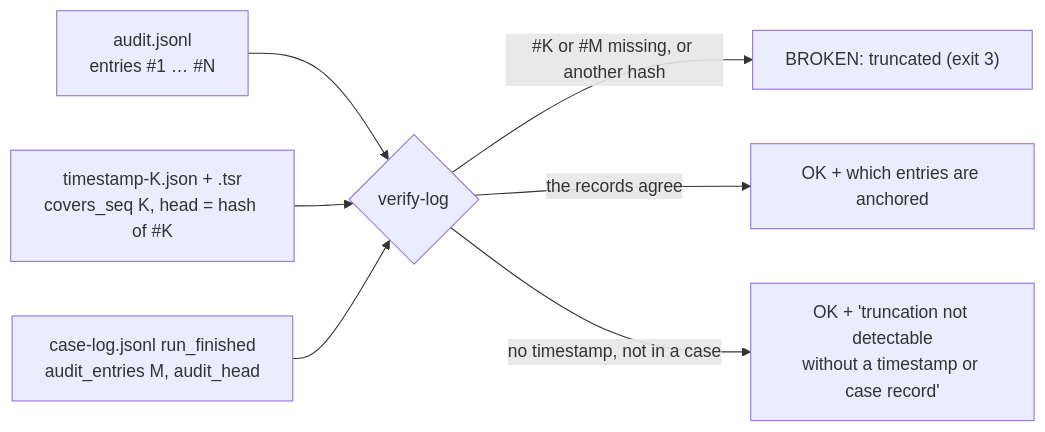
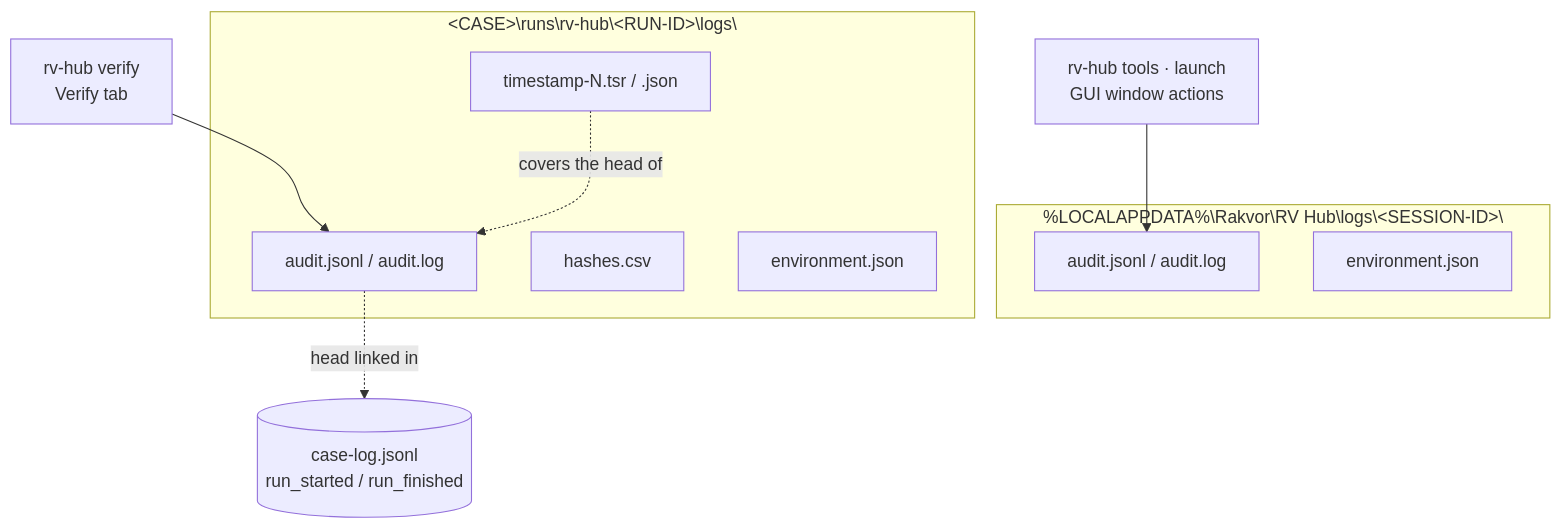
The first of 2 diagrams in docs/forensic-audit.md (Panacota96/rv-hub), drawn with Mermaid before and after one commit. The commit also changed other lines of this file and 6 other files, not shown here.

First line of the commit message:
docs: usage, installation, case folder, forensic audit, architecture, CHANGELOG and examples for the hub

````diff
--- a/docs/forensic-audit.md
+++ b/docs/forensic-audit.md
@@ -51,9 +10,17 @@
 ```mermaid
-flowchart LR
-    L["audit.jsonl<br/>entries #1 … #N"] --> V{"verify-log"}
-    T["timestamp-K.json + .tsr<br/>covers_seq K, head = hash of #K"] --> V
-    C["case-log.jsonl run_finished<br/>audit_entries M, audit_head"] --> V
-    V -->|"#K or #M missing, or another hash"| B["BROKEN: truncated (exit 3)"]
-    V -->|"the records agree"| O["OK + which entries are anchored"]
-    V -->|"no timestamp, not in a case"| N["OK + 'truncation not detectable<br/>without a timestamp or case record'"]
+flowchart TB
+    subgraph DATA["%LOCALAPPDATA%\Rakvor\RV Hub\logs\&lt;SESSION-ID&gt;\"]
+        S1["audit.jsonl / audit.log"]
+        S2["environment.json"]
+    end
+    subgraph RUN["&lt;CASE&gt;\runs\rv-hub\&lt;RUN-ID&gt;\logs\"]
+        R1["audit.jsonl / audit.log"]
+        R2["hashes.csv"]
+        R3["environment.json"]
+        R4["timestamp-N.tsr / .json"]
+    end
+    TOOLS["rv-hub tools · launch<br/>GUI window actions"] --> S1
+    V["rv-hub verify<br/>Verify tab"] --> R1
+    R1 -. "head linked in" .-> CL[("case-log.jsonl<br/>run_started / run_finished")]
+    R4 -. "covers the head of" .-> R1
 ```
````
